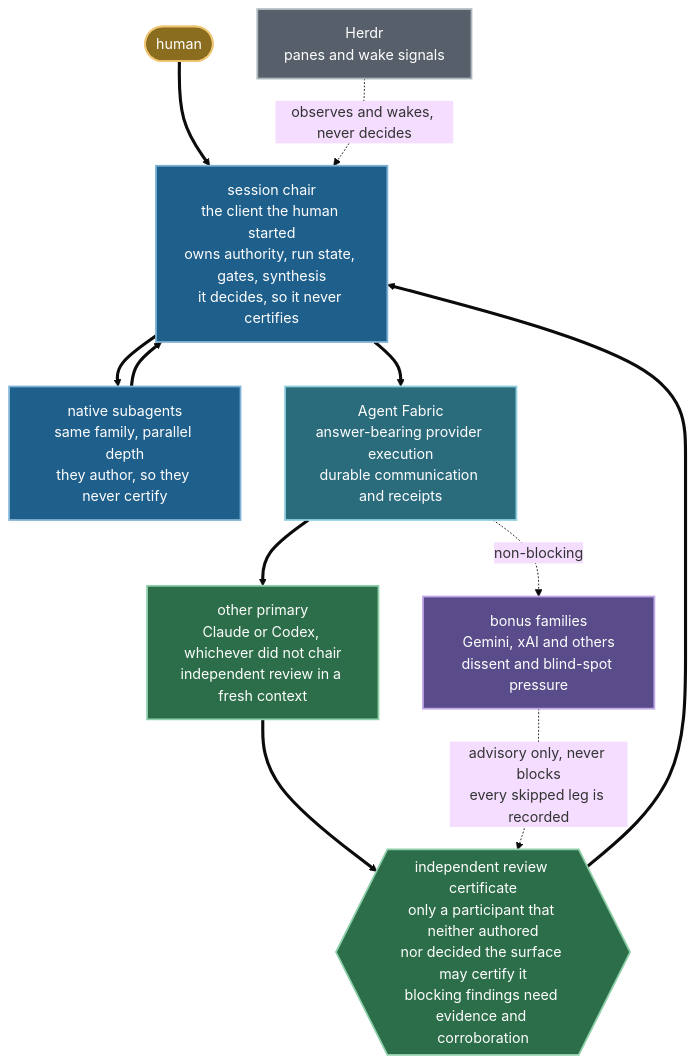
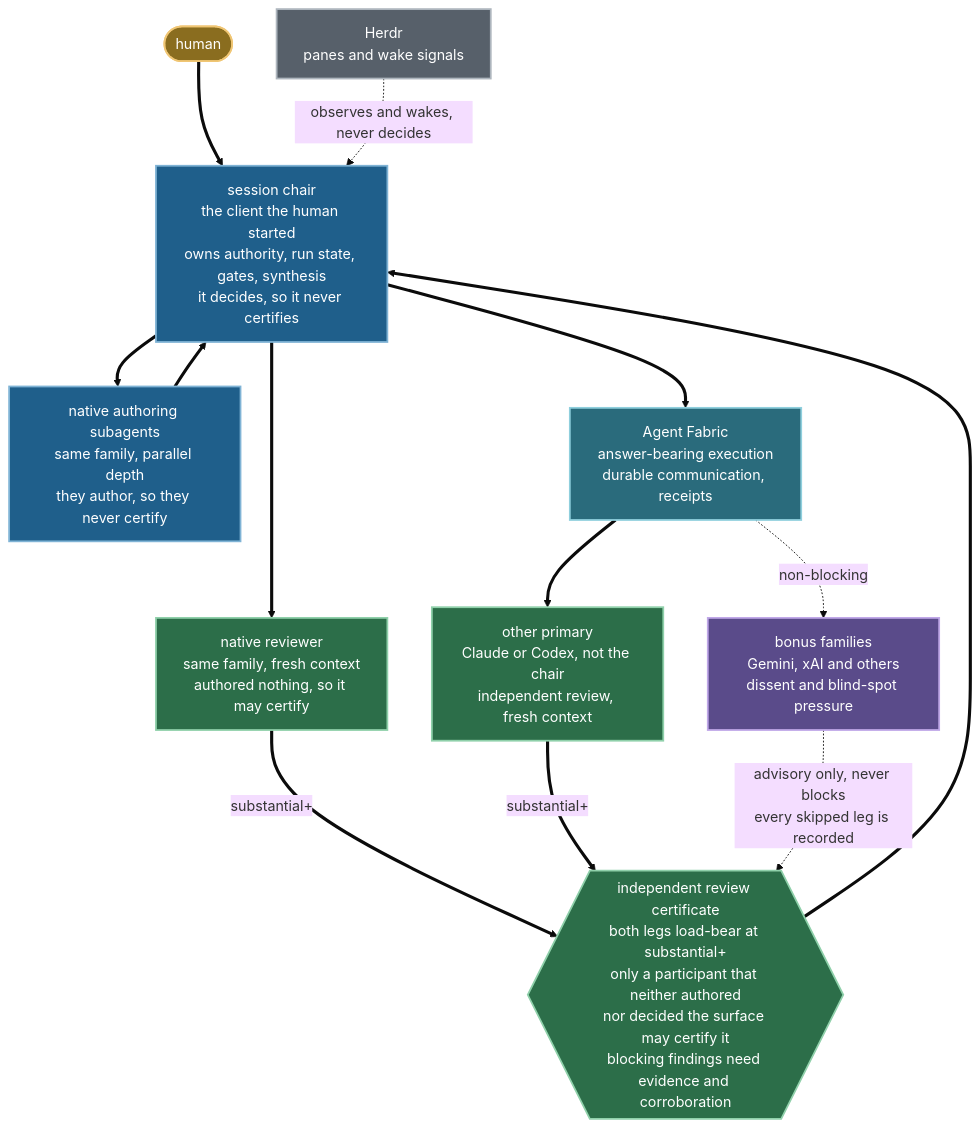
Before and after one commit to mblauberg/agent-harness: the third of 3 diagrams in docs/ARCHITECTURE.md, drawn with Mermaid (base theme). The commit also changed other lines of this file and 5 other files, not shown here.

First line of the commit message:
fix: close independent-review findings on the README overhaul

````diff
--- a/docs/ARCHITECTURE.md
+++ b/docs/ARCHITECTURE.md
@@ -243,35 +254,37 @@
 ```mermaid
 flowchart TB
     accTitle: Review topology, blocking and non-blocking legs
-    accDescr: The human starts one client, and that client is the session chair. The chair fans out to its own native subagents for parallel depth in the same family, and through Agent Fabric to the other primary family for independent review in a fresh context. The other primary is load-bearing for substantial work and above, so its leg is solid. Bonus families such as Gemini and xAI attach through the same fabric as advisory pressure, drawn dashed because they never block on absence, quota or failure; a skipped leg is recorded. Herdr observes and wakes, drawn dotted, and never decides. Only a participant that neither authored nor decided the surface may certify the review, which rules out the chair and its own native subagents; the rule is stated in the node labels rather than drawn as an edge.
+    accDescr: The human starts one client, and that client is the session chair. The chair fans out to native authoring subagents in its own family for parallel depth; because they write the work they may never certify it, and neither may the chair, which decides. Review then runs on two load-bearing legs from the substantial tier upwards. The first is a fresh-context native reviewer in the chair's own family that never authored the surface under review. The second reaches the other primary family through Agent Fabric. Both legs are drawn solid because either can block the run, and the delivery validator rejects a receipt that reaches acceptance missing either one. Bonus families such as Gemini and xAI attach through the same fabric as advisory pressure, drawn dashed because they never block on absence, quota or failure; a skipped leg is recorded. Herdr observes and wakes, drawn dotted, and never decides. Only a participant that neither authored nor decided the surface may sign the certificate.
     HU(["human"]) ==> CH
 
     CH["session chair<br/>the client the human started<br/>owns authority, run state, gates, synthesis<br/>it decides, so it never certifies"]
 
-    CH ==> SUB["native subagents<br/>same family, parallel depth<br/>they author, so they never certify"]
+    CH ==> SUB["native authoring subagents<br/>same family, parallel depth<br/>they author, so they never certify"]
     SUB ==> CH
 
-    CH ==> AF["Agent Fabric<br/>answer-bearing provider execution<br/>durable communication and receipts"]
+    CH ==> NRV["native reviewer<br/>same family, fresh context<br/>authored nothing, so it may certify"]
+    CH ==> AF["Agent Fabric<br/>answer-bearing execution<br/>durable communication, receipts"]
 
-    AF ==> OP["other primary<br/>Claude or Codex, whichever did not chair<br/>independent review in a fresh context"]
+    AF ==> OP["other primary<br/>Claude or Codex, not the chair<br/>independent review, fresh context"]
     AF -. "non-blocking" .-> BF["bonus families<br/>Gemini, xAI and others<br/>dissent and blind-spot pressure"]
 
-    OP ==> CERT{{"independent review certificate<br/>only a participant that neither authored<br/>nor decided the surface may certify it<br/>blocking findings need evidence and corroboration"}}
+    NRV == "substantial+" ==> CERT{{"independent review certificate<br/>both legs load-bear at substantial+<br/>only a participant that neither authored<br/>nor decided the surface may certify it<br/>blocking findings need evidence and corroboration"}}
+    OP == "substantial+" ==> CERT
     BF -. "advisory only, never blocks<br/>every skipped leg is recorded" .-> CERT
 
     CERT ==> CH
     HD["Herdr<br/>panes and wake signals"] -. "observes and wakes, never decides" .-> CH
 
     classDef human fill:#8a6d1f,stroke:#f0c674,color:#ffffff,stroke-width:2px
     classDef actor fill:#1f5f8b,stroke:#7fb3d5,color:#ffffff,stroke-width:2px
     classDef transport fill:#2a6b7c,stroke:#8fcfdd,color:#ffffff,stroke-width:2px
     classDef blocking fill:#2c6e49,stroke:#8fd0aa,color:#ffffff,stroke-width:2px
     classDef advisory fill:#5a4b8a,stroke:#c0a8e8,color:#ffffff,stroke-width:2px
     classDef inert fill:#57606a,stroke:#adb5bd,color:#ffffff,stroke-width:2px
     class HU human
     class CH,SUB actor
     class AF transport
-    class OP,CERT blocking
+    class NRV,OP,CERT blocking
     class BF advisory
     class HD inert
 ```
````
